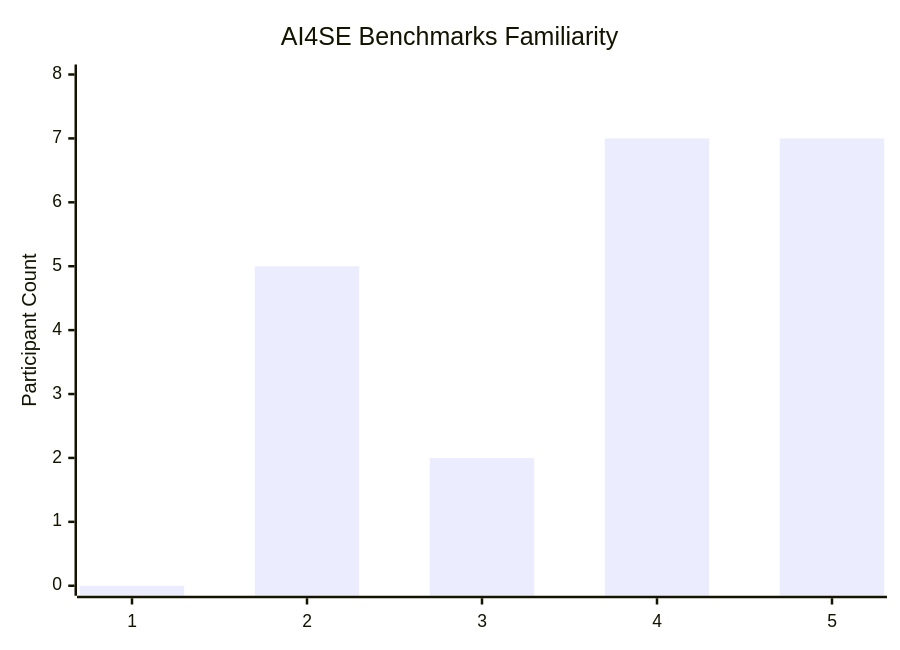
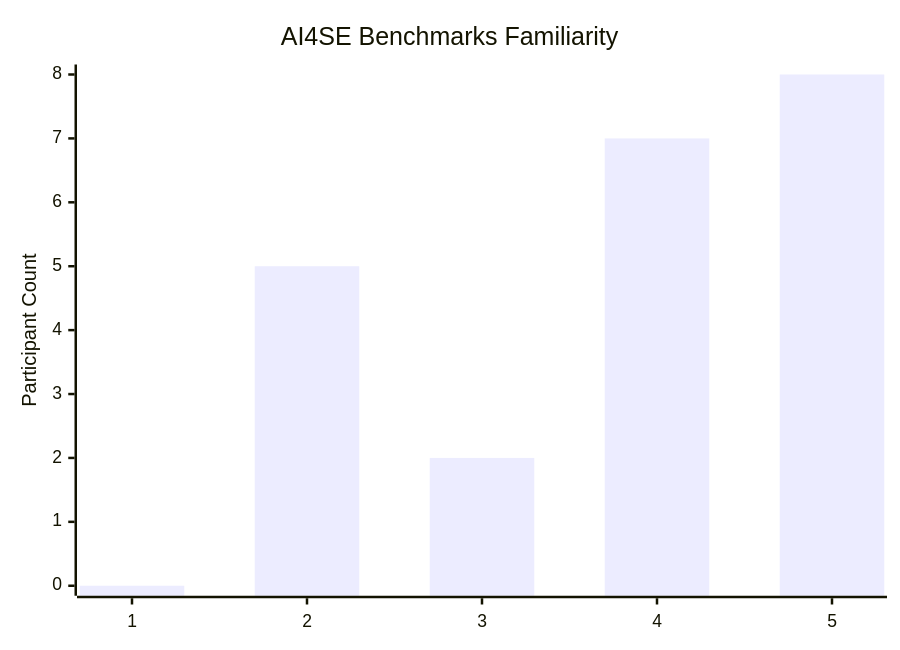
The third of 15 diagrams in Search/README.md (anonym-evalpro/EvalPro), drawn with Mermaid before and after one commit. The commit also changed other lines of this file and 1 other file, not shown here.

````diff
--- a/Search/README.md
+++ b/Search/README.md
@@ -32,7 +32,7 @@
        ```mermaid
         xychart-beta
         title "AI4SE Benchmarks Familiarity"
         x-axis ["1", "2", "3", "4", "5"]
         y-axis "Participant Count" 0 --> 8
-        bar [0, 5, 2, 7, 7]
+        bar [0, 5, 2, 7, 8]
        ```
````
